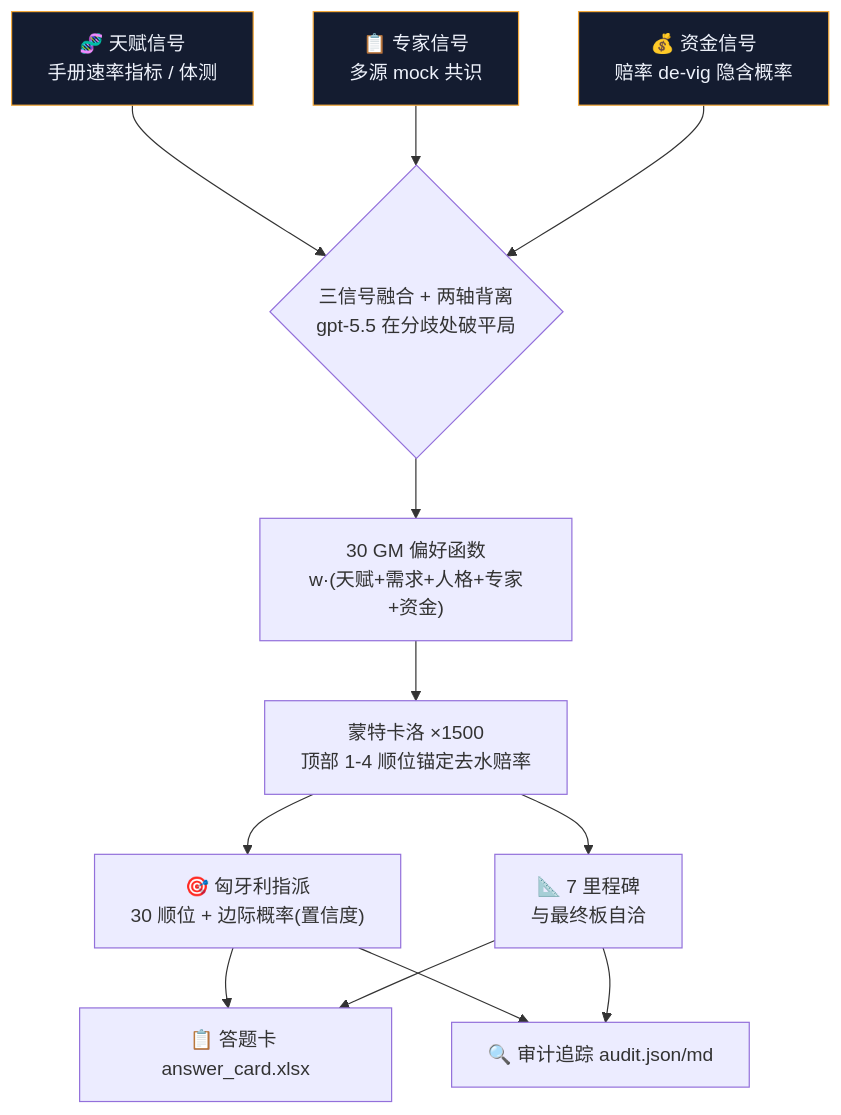
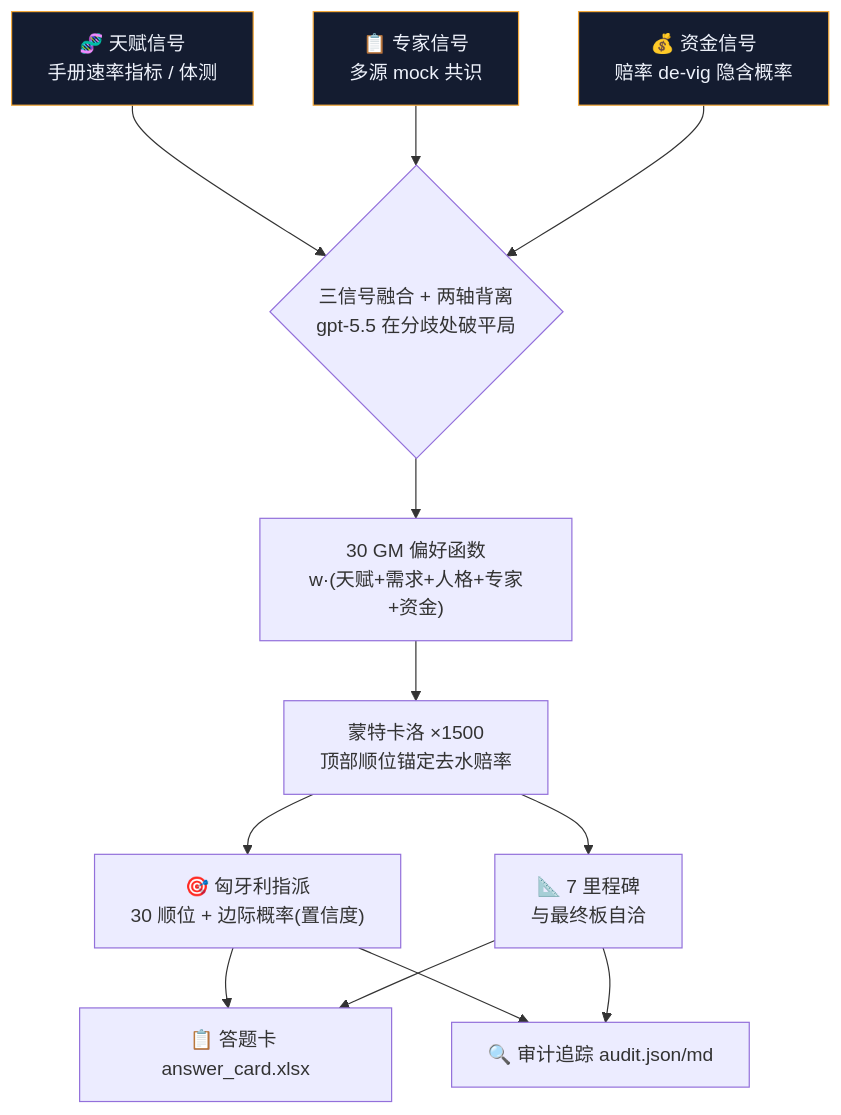
One commit to Jackey0903/draftcode changed the diagram in README.md. Above: the diagram before and after it, drawn with Mermaid. The commit also changed other lines of this file and 2 other files, not shown here.

First line of the commit message:
docs: 系统架构图 + README 重构

````diff
--- a/README.md
+++ b/README.md
@@ -49,14 +70,14 @@
 ```mermaid
 flowchart TD
     T["🧬 天赋信号<br/>手册速率指标 / 体测"]:::sig
     E["📋 专家信号<br/>多源 mock 共识"]:::sig
     M["💰 资金信号<br/>赔率 de-vig 隐含概率"]:::sig
     T & E & M --> F{"三信号融合 + 两轴背离<br/>gpt-5.5 在分歧处破平局"}
     F --> P["30 GM 偏好函数<br/>w·(天赋+需求+人格+专家+资金)"]
-    P --> MC["蒙特卡洛 ×1500<br/>顶部 1-4 顺位锚定去水赔率"]
+    P --> MC["蒙特卡洛 ×1500<br/>顶部顺位锚定去水赔率"]
     MC --> B["🎯 匈牙利指派<br/>30 顺位 + 边际概率(置信度)"]
     MC --> Q["📐 7 里程碑<br/>与最终板自洽"]
     B & Q --> A["📋 答题卡 answer_card.xlsx"]
     B & Q --> AU["🔍 审计追踪 audit.json/md"]
     classDef sig fill:#141c30,stroke:#f4a93b,color:#eef2fb;
 ```
````
